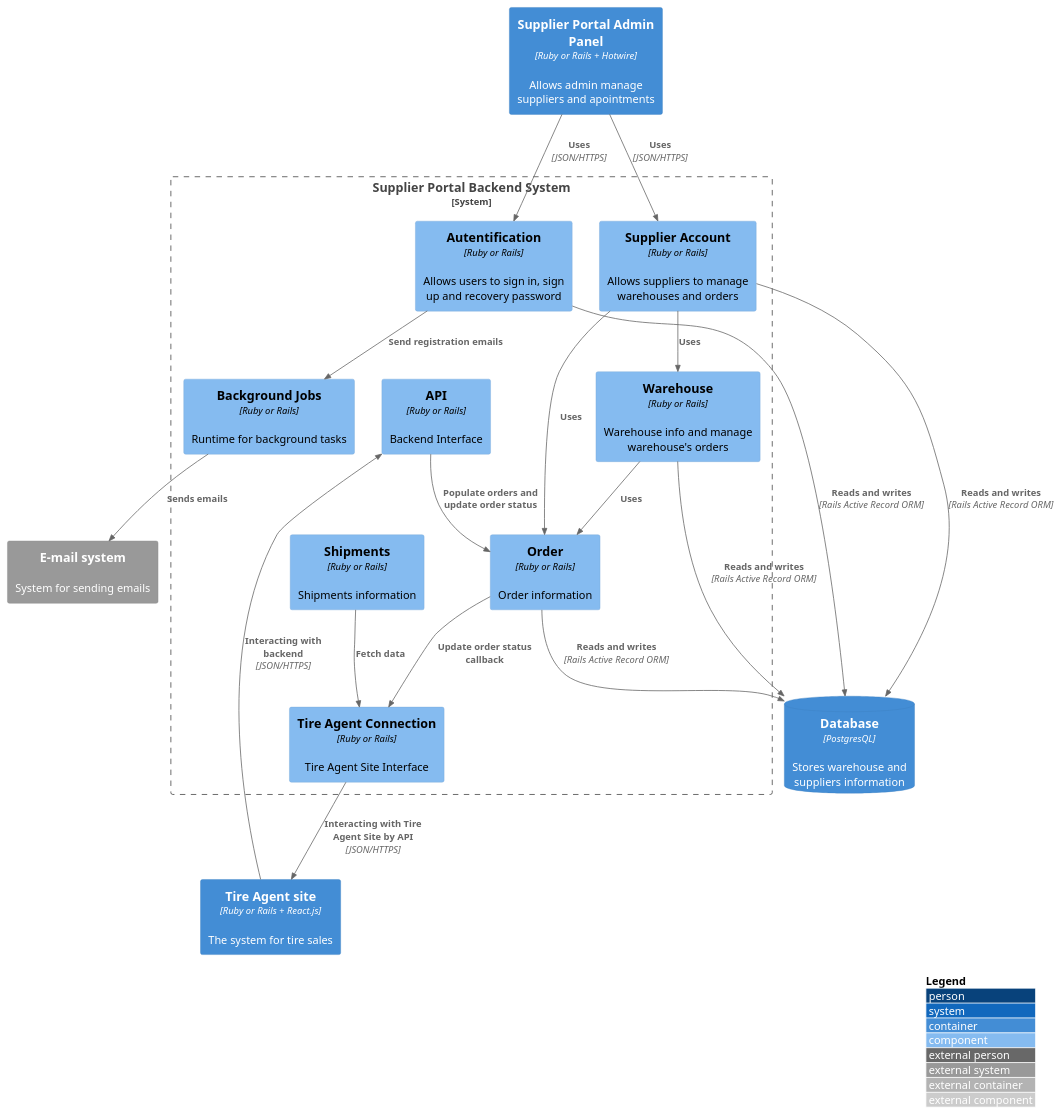
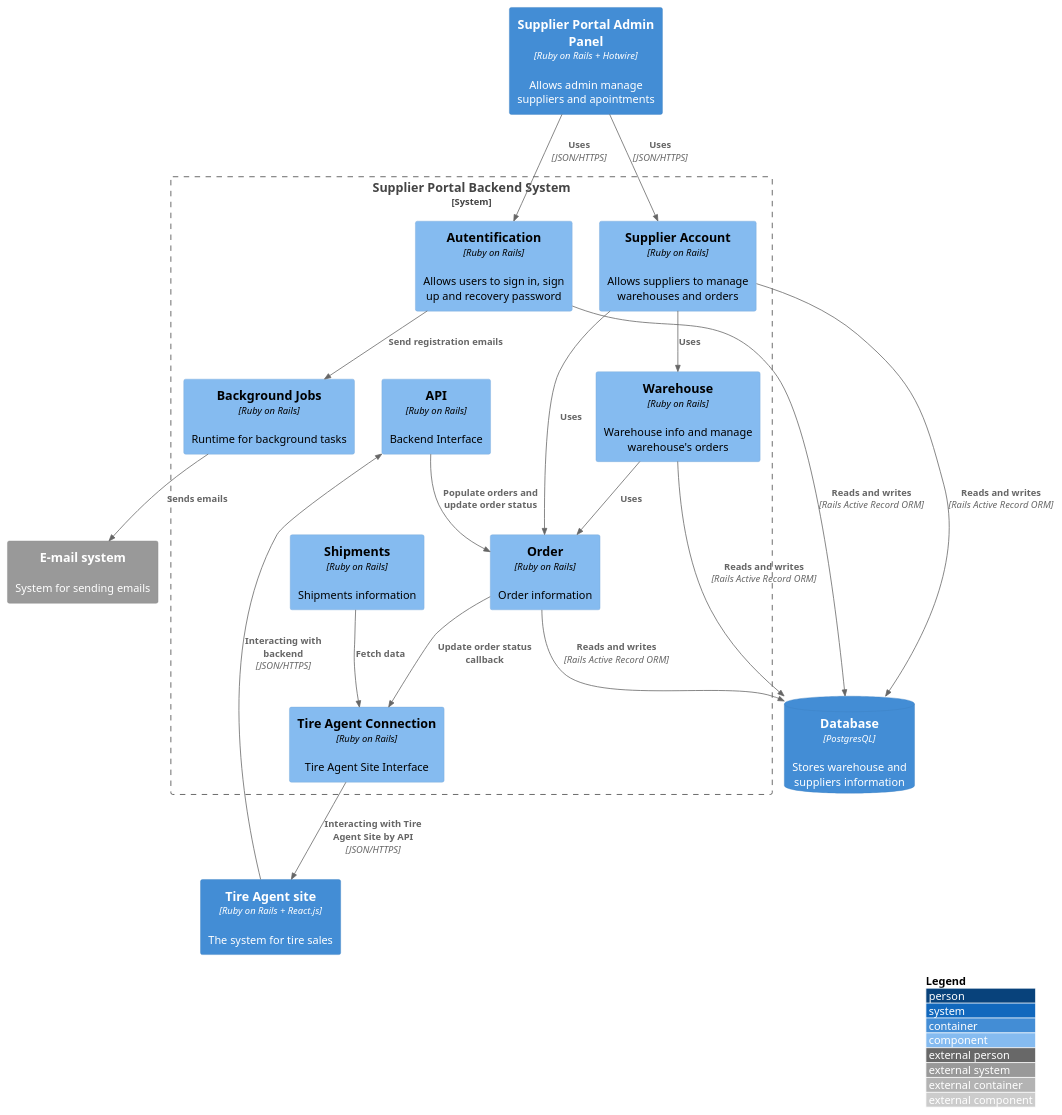
The diagram in src/1.6 Diagrams for TireAgent Supplier Portal/1.6.3 Components Diagram/context.puml (artsiomivanets/docs), drawn with PlantUML before and after one commit. The commit also changed 60 other files, not shown here.

```diff
--- a/src/1.6 Diagrams for TireAgent Supplier Portal/1.6.3 Components Diagram/context.puml
+++ b/src/1.6 Diagrams for TireAgent Supplier Portal/1.6.3 Components Diagram/context.puml
@@ -1,44 +1,44 @@
 @startuml
 !include https://raw.githubusercontent.com/adrianvlupu/C4-PlantUML/latest/C4_Container.puml
 !include https://raw.githubusercontent.com/adrianvlupu/C4-PlantUML/latest/C4_Component.puml
 
 LAYOUT_WITH_LEGEND()
 
-Container(ip_admin_panel, "Supplier Portal Admin Panel", "Ruby or Rails + Hotwire", "Allows admin manage suppliers and apointments")
+Container(ip_admin_panel, "Supplier Portal Admin Panel", "Ruby on Rails + Hotwire", "Allows admin manage suppliers and apointments")
 ContainerDb(db, "Database", "PostgresQL", "Stores warehouse and suppliers information")
 System_Ext(e_mail, "E-mail system", "System for sending emails")
-Container(ta, "Tire Agent site", "Ruby or Rails + React.js", "The system for tire sales")
+Container(ta, "Tire Agent site", "Ruby on Rails + React.js", "The system for tire sales")
 
 System_Boundary(ip_system, "Supplier Portal Backend System") {
-    Component(autentification, "Autentification", "Ruby or Rails", "Allows users to sign in, sign up and recovery password")
-    Component(supplier, "Supplier Account", "Ruby or Rails", "Allows suppliers to manage warehouses and orders")
-    Component(warehouse, "Warehouse", "Ruby or Rails", "Warehouse info and manage warehouse's orders")
-    Component(order, "Order", "Ruby or Rails", "Order information")
-    Component(tireagent_connection, "Tire Agent Connection", "Ruby or Rails", "Tire Agent Site Interface")
-    Component(portal_api, "API", "Ruby or Rails", "Backend Interface")
-    Component(bg_jobs, "Background Jobs", "Ruby or Rails", "Runtime for background tasks")
-    Component(shipments, "Shipments", "Ruby or Rails", "Shipments information")
+    Component(autentification, "Autentification", "Ruby on Rails", "Allows users to sign in, sign up and recovery password")
+    Component(supplier, "Supplier Account", "Ruby on Rails", "Allows suppliers to manage warehouses and orders")
+    Component(warehouse, "Warehouse", "Ruby on Rails", "Warehouse info and manage warehouse's orders")
+    Component(order, "Order", "Ruby on Rails", "Order information")
+    Component(tireagent_connection, "Tire Agent Connection", "Ruby on Rails", "Tire Agent Site Interface")
+    Component(portal_api, "API", "Ruby on Rails", "Backend Interface")
+    Component(bg_jobs, "Background Jobs", "Ruby on Rails", "Runtime for background tasks")
+    Component(shipments, "Shipments", "Ruby on Rails", "Shipments information")
 }
 
 Rel(ip_admin_panel, supplier, "Uses", "JSON/HTTPS")
 Rel(ip_admin_panel, autentification, "Uses", "JSON/HTTPS")
 Rel(autentification, bg_jobs, "Send registration emails")
 Rel(bg_jobs, e_mail, "Sends emails")
 
 Rel(supplier, order, "Uses")
 Rel(supplier, warehouse, "Uses")
 Rel(warehouse, order, "Uses")
 Rel(order, tireagent_connection, "Update order status callback")
 
 Rel(portal_api, order, "Populate orders and update order status")
 Rel(shipments, tireagent_connection, "Fetch data")
 
 Rel(tireagent_connection, ta, "Interacting with Tire Agent Site by API", "JSON/HTTPS")
 Rel(ta, portal_api, "Interacting with backend", "JSON/HTTPS")
 
 Rel(autentification, db, "Reads and writes", "Rails Active Record ORM")
 Rel(supplier, db, "Reads and writes", "Rails Active Record ORM")
 Rel(order, db, "Reads and writes", "Rails Active Record ORM")
 Rel(warehouse, db, "Reads and writes", "Rails Active Record ORM")
 
 @enduml
```
